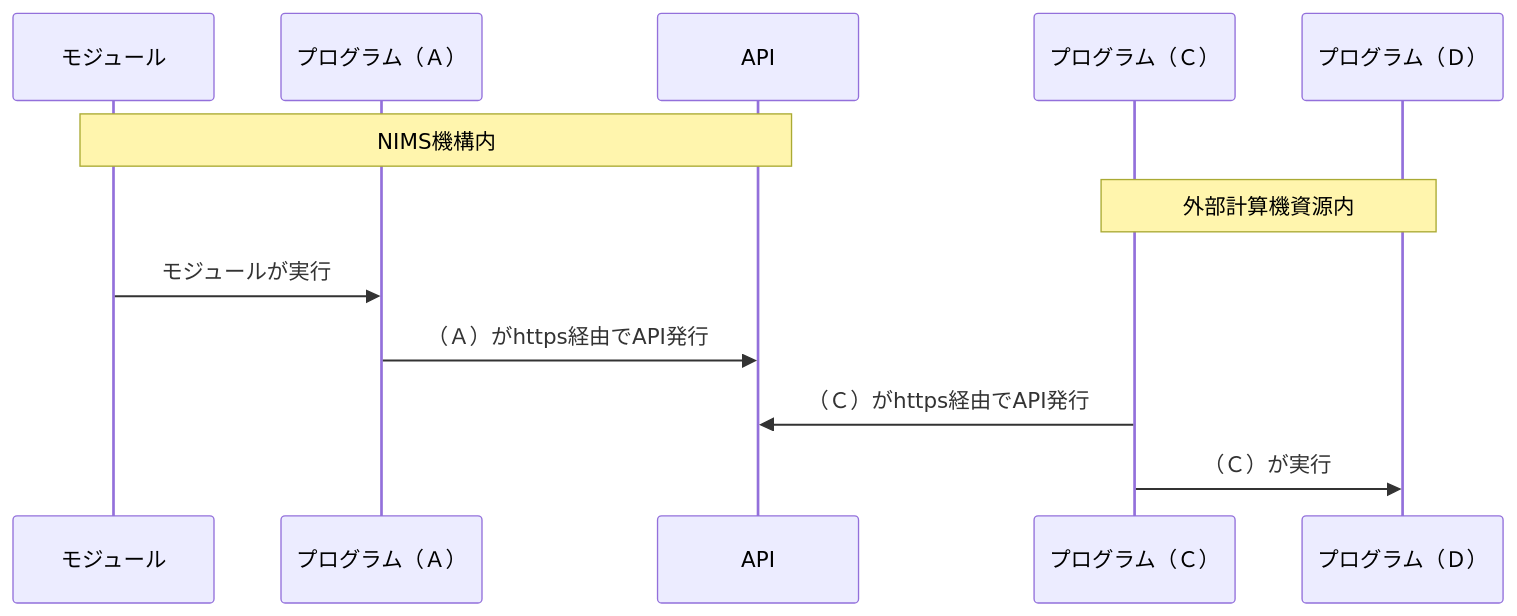
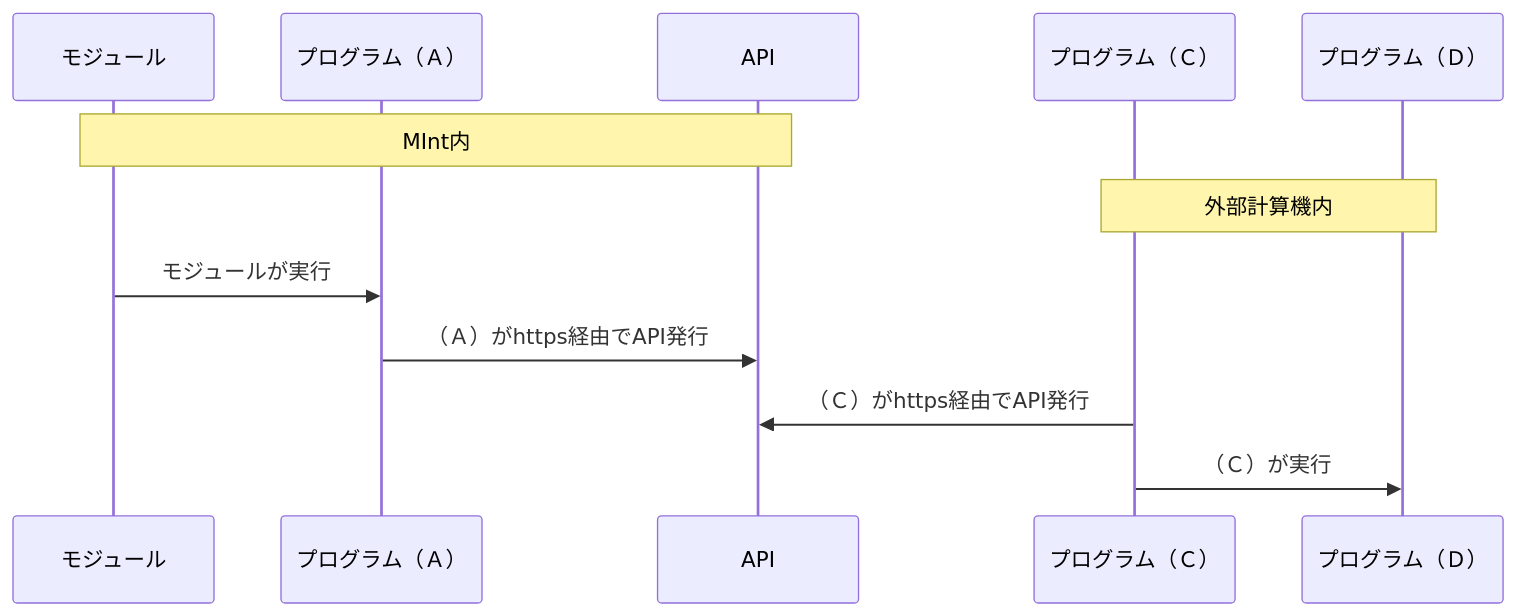
The fourth of 4 diagrams in documents/manual2nd/source/using_distributed_properties.rst (materialsintegration/remote_workflow), drawn with Mermaid before and after one commit. The commit also changed other lines of this file, not shown here.

```diff
--- a/documents/manual2nd/source/using_distributed_properties.rst
+++ b/documents/manual2nd/source/using_distributed_properties.rst
@@ -304,19 +304,19 @@
 .. mermaid::
    :caption: WebAPI方式でのコマンドの流れ
    :align: center
 
    sequenceDiagram;
 
      participant A as モジュール
      participant B as プログラム（Ａ）
      participant C as API
      participant D as プログラム（Ｃ）
      participant E as プログラム（Ｄ）
 
-     Note over A,C : NIMS機構内
-     Note over D,E : 外部計算機資源内
+     Note over A,C : MInt内
+     Note over D,E : 外部計算機内
 
      A->>B:モジュールが実行
      B->>C:（Ａ）がhttps経由でAPI発行
      D->>C:（Ｃ）がhttps経由でAPI発行
      D->>E:（Ｃ）が実行
```
